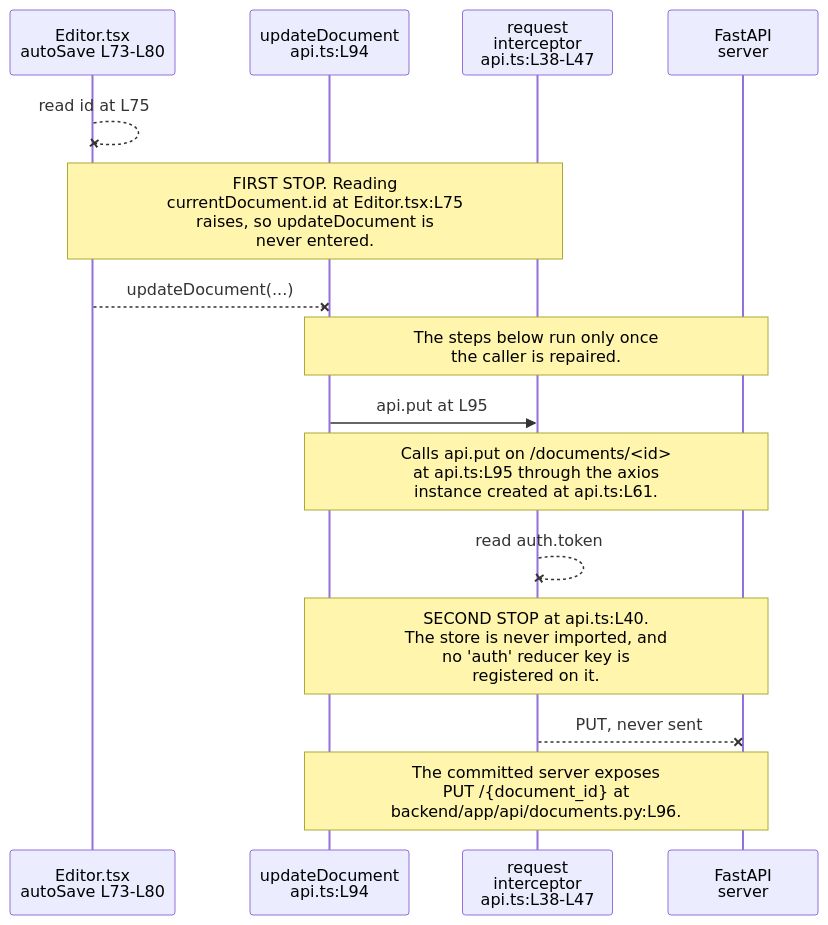
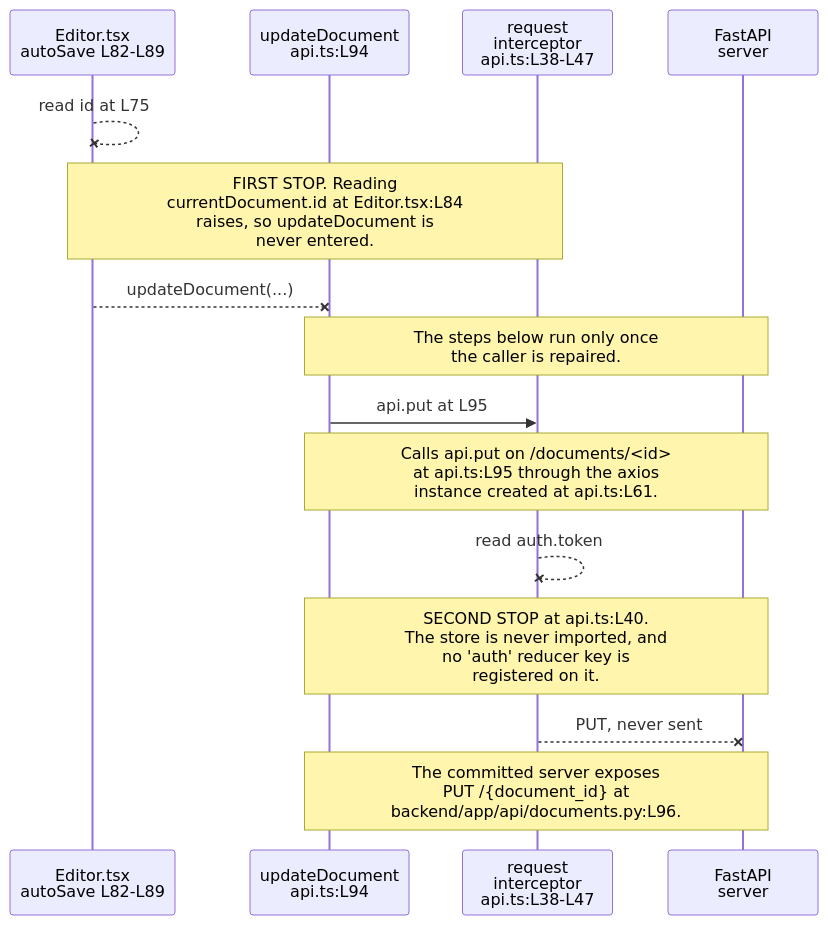
One commit to blitzy-public-samples/microsoft-word-u33ko0 changed the diagram in frontend/src/services/README.md. Above: the diagram before and after it, drawn with Mermaid. The commit also changed other lines of this file and 27 other files, not shown here.

````diff
--- a/frontend/src/services/README.md
+++ b/frontend/src/services/README.md
@@ -79,20 +79,20 @@
 ```mermaid
 sequenceDiagram
     accTitle: A REST call from the editor page through the bearer interceptor
     accDescr: The call stops twice. The argument read raises before updateDocument is entered, and the request interceptor raises because the store is never imported and no auth reducer key exists. The path below the first stop describes intended shape only.
-    participant Page as Editor.tsx<br/>autoSave L73-L80
+    participant Page as Editor.tsx<br/>autoSave L82-L89
     participant Fn as updateDocument<br/>api.ts:L94
     participant Int as request<br/>interceptor<br/>api.ts:L38-L47
     participant Srv as FastAPI<br/>server
 
     Page--xPage: read id at L75
-    Note over Page,Int: FIRST STOP. Reading<br/>currentDocument.id at Editor.tsx:L75<br/>raises, so updateDocument is<br/>never entered.
+    Note over Page,Int: FIRST STOP. Reading<br/>currentDocument.id at Editor.tsx:L84<br/>raises, so updateDocument is<br/>never entered.
     Page--xFn: updateDocument(...)
     Note over Fn,Srv: The steps below run only once<br/>the caller is repaired.
     Fn->>Int: api.put at L95
     Note over Fn,Srv: Calls api.put on /documents/<id><br/>at api.ts:L95 through the axios<br/>instance created at api.ts:L61.
     Int--xInt: read auth.token
     Note over Fn,Srv: SECOND STOP at api.ts:L40.<br/>The store is never imported, and<br/>no 'auth' reducer key is<br/>registered on it.
     Int--xSrv: PUT, never sent
     Note over Fn,Srv: The committed server exposes<br/>PUT /{document_id} at<br/>backend/app/api/documents.py:L96.
 ```
````
